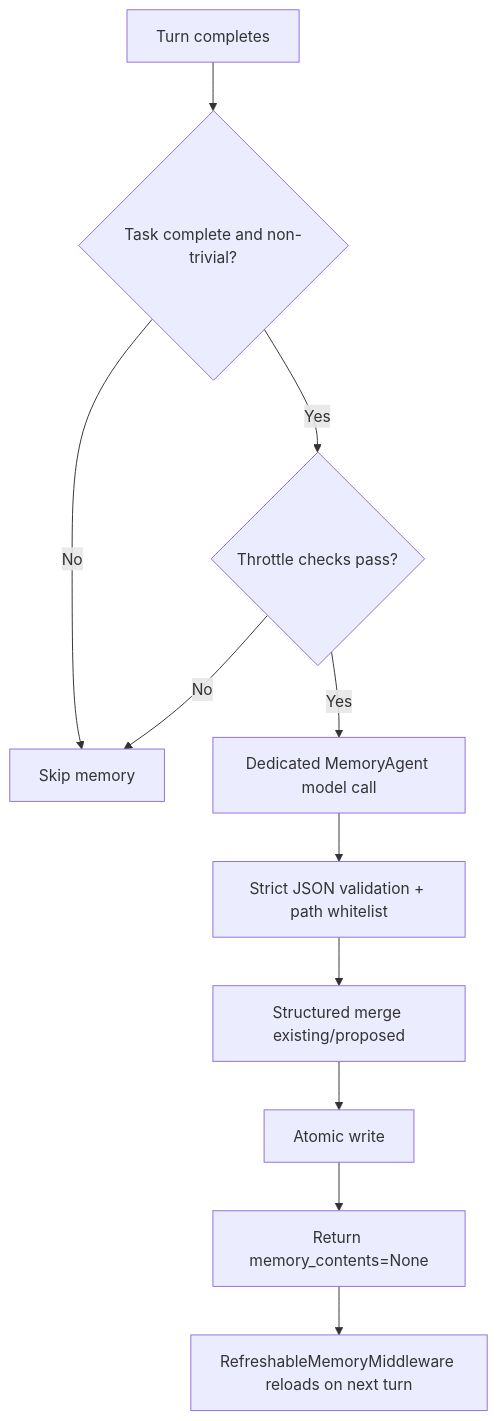
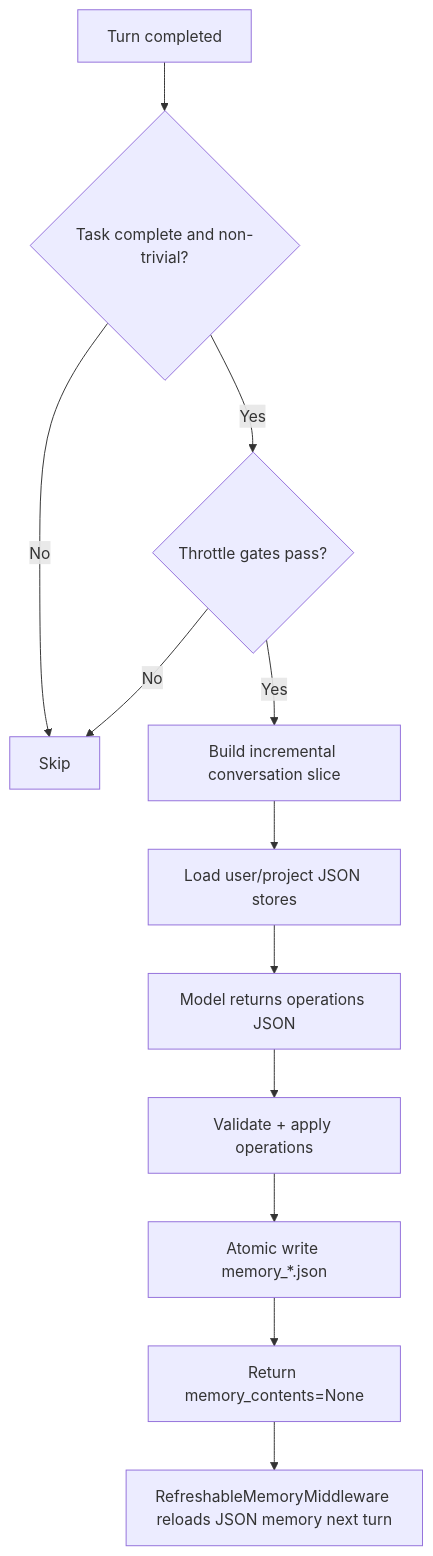
Before and after one commit to dog-qiuqiu/invincat: the diagram in MEMORY_DESIGN_EN.md, drawn with Mermaid. The commit also changed other lines of this file and 4 other files, not shown here.

Commit message:
docs(memory): update docs for JSON-only memory pipeline and defaults

````diff
--- a/MEMORY_DESIGN_EN.md
+++ b/MEMORY_DESIGN_EN.md
@@ -45,13 +71,14 @@
 ```mermaid
 flowchart TD
-    A[Turn completes] --> B{Task complete and non-trivial?}
-    B -- No --> Z[Skip memory]
-    B -- Yes --> C{Throttle checks pass?}
+    A[Turn completed] --> B{Task complete and non-trivial?}
+    B -- No --> Z[Skip]
+    B -- Yes --> C{Throttle gates pass?}
     C -- No --> Z
-    C -- Yes --> D[Dedicated MemoryAgent model call]
-    D --> E[Strict JSON validation + path whitelist]
-    E --> F[Structured merge existing/proposed]
-    F --> G[Atomic write]
-    G --> H[Return memory_contents=None]
-    H --> I[RefreshableMemoryMiddleware reloads on next turn]
+    C -- Yes --> D[Build incremental conversation slice]
+    D --> E[Load user/project JSON stores]
+    E --> F[Model returns operations JSON]
+    F --> G[Validate + apply operations]
+    G --> H[Atomic write memory_*.json]
+    H --> I[Return memory_contents=None]
+    I --> J[RefreshableMemoryMiddleware reloads JSON memory next turn]
 ```
````
